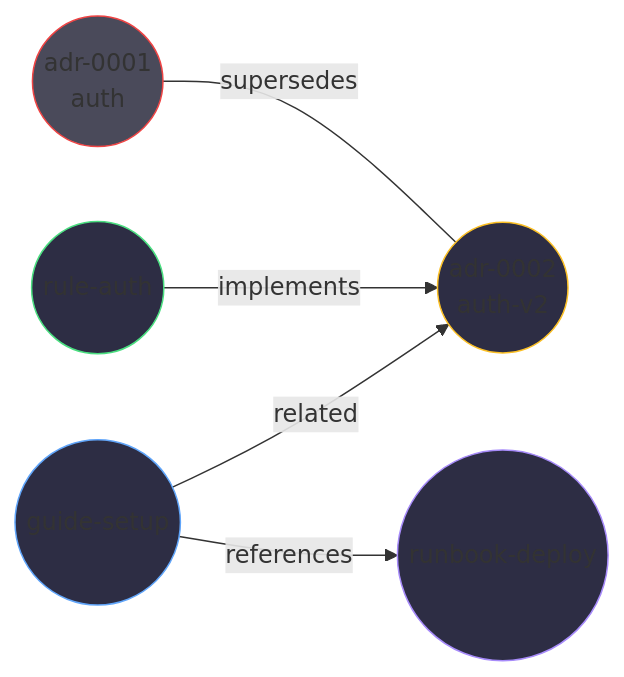
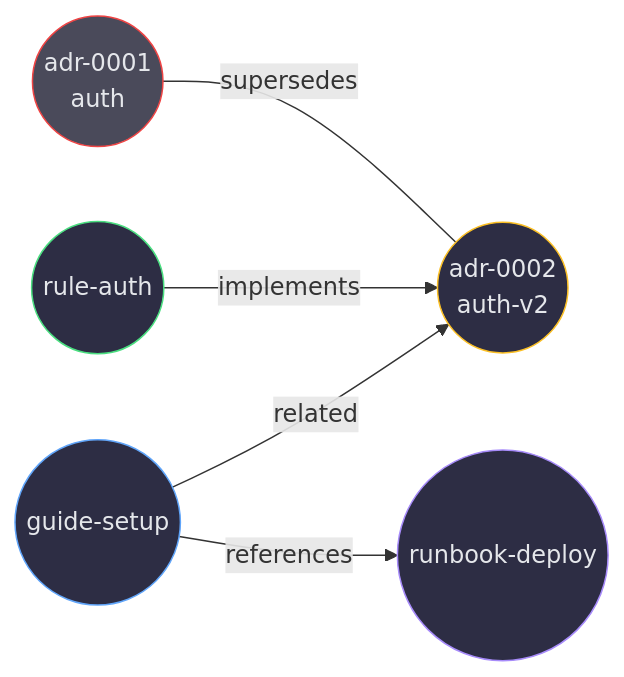
The fourth of 5 diagrams in README.md (junyeong-ai/nodex), drawn with Mermaid before and after one commit. The commit also changed other lines of this file and 1 other file, not shown here.

Commit message:
fix(docs): make mermaid node labels readable on dark fills
The four mermaid diagrams in the README use dark fills (#2d2d44,
#4a4a5a) designed to stand out as highlighted nodes, but mermaid's
default text color is dark as well, so the node labels were
illegible against their own fill. Add an explicit light text color
(#e5e7eb) alongside every dark fill so labels read cleanly regardless
of GitHub's chosen theme.

````diff
--- a/README.md
+++ b/README.md
@@ -135,13 +135,13 @@
 ```mermaid
 graph LR
     A((adr-0001<br/>auth)) -- "supersedes" --- B((adr-0002<br/>auth-v2))
     C((rule-auth)) -- "implements" --> B
     D((guide-setup)) -- "related" --> B
     D -- "references" --> E((runbook-deploy))
 
-    style A fill:#4a4a5a,stroke:#ef4444
-    style B fill:#2d2d44,stroke:#fbbf24
-    style C fill:#2d2d44,stroke:#4ade80
-    style D fill:#2d2d44,stroke:#60a5fa
-    style E fill:#2d2d44,stroke:#a78bfa
+    style A fill:#4a4a5a,color:#e5e7eb,stroke:#ef4444
+    style B fill:#2d2d44,color:#e5e7eb,stroke:#fbbf24
+    style C fill:#2d2d44,color:#e5e7eb,stroke:#4ade80
+    style D fill:#2d2d44,color:#e5e7eb,stroke:#60a5fa
+    style E fill:#2d2d44,color:#e5e7eb,stroke:#a78bfa
 ```
````
